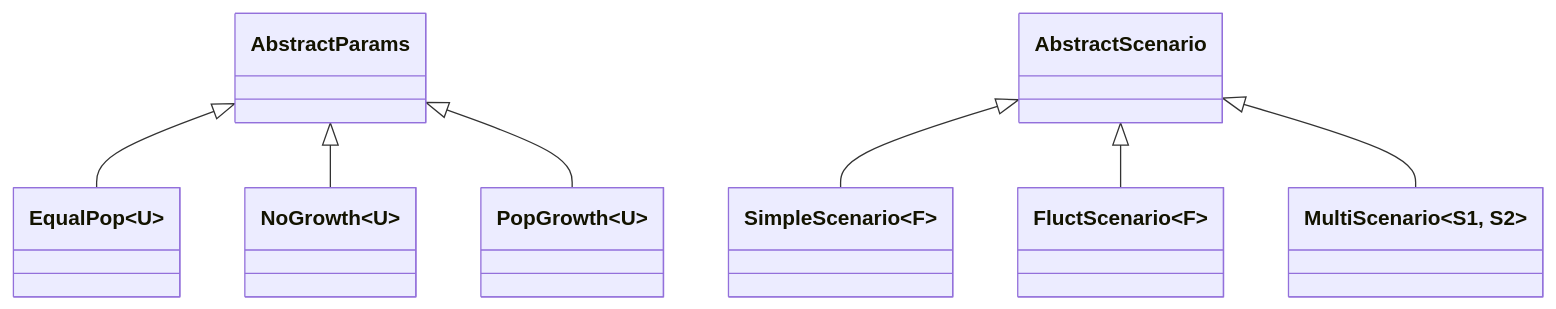
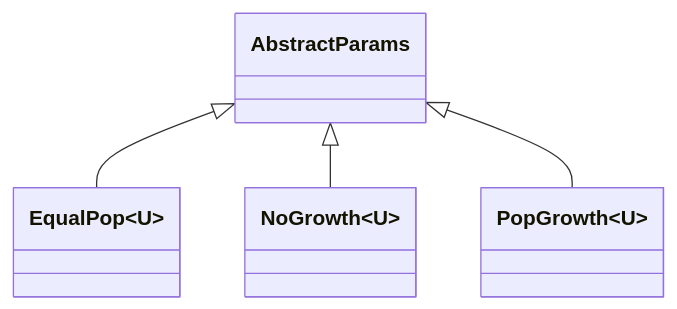
Diagram 14 of 17 in docs/architecture.md (EcoJulia/EcoSISTEM.jl), drawn with Mermaid before and after one commit. The commit also changed other lines of this file and 17 other files, not shown here.

````diff
--- a/docs/architecture.md
+++ b/docs/architecture.md
@@ -262,15 +750,9 @@
 ```mermaid
 classDiagram
     class EqualPop~U~
     class NoGrowth~U~
     class PopGrowth~U~
-    class SimpleScenario~F~
-    class FluctScenario~F~
-    class MultiScenario~S1, S2~
-    AbstractParams   <|-- EqualPop
-    AbstractParams   <|-- NoGrowth
-    AbstractParams   <|-- PopGrowth
-    AbstractScenario <|-- SimpleScenario
-    AbstractScenario <|-- FluctScenario
-    AbstractScenario <|-- MultiScenario
+    AbstractParams <|-- EqualPop
+    AbstractParams <|-- NoGrowth
+    AbstractParams <|-- PopGrowth
 ```
````
